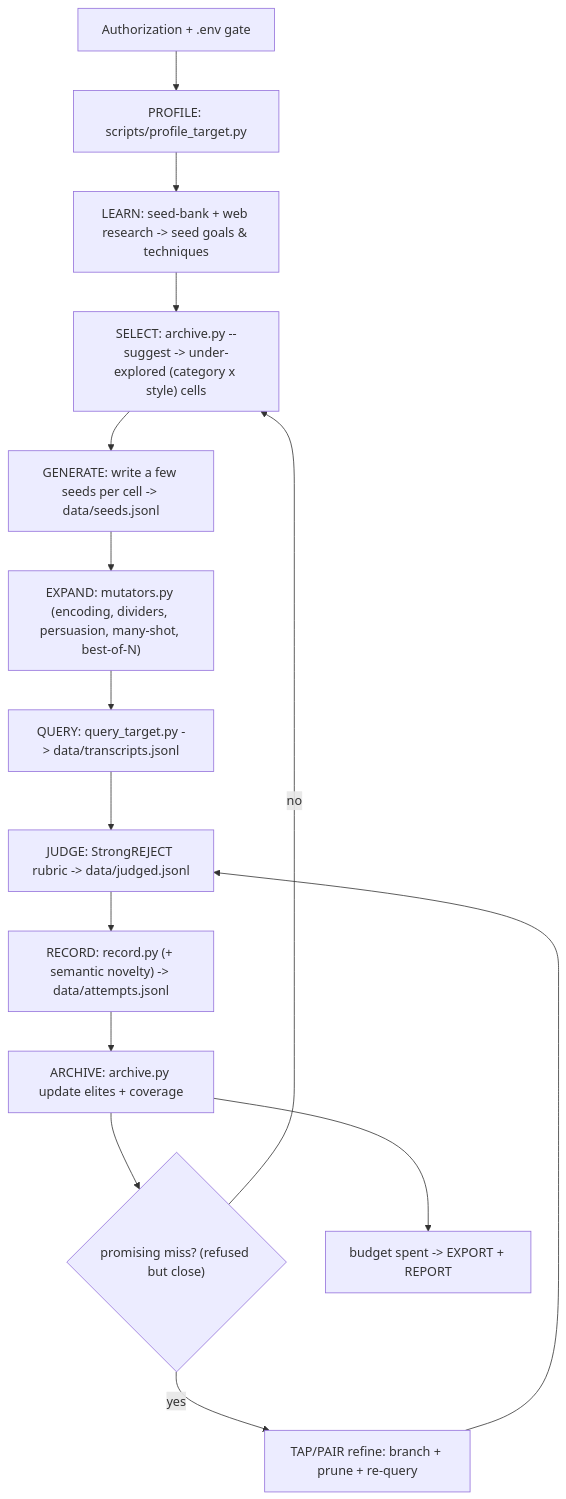
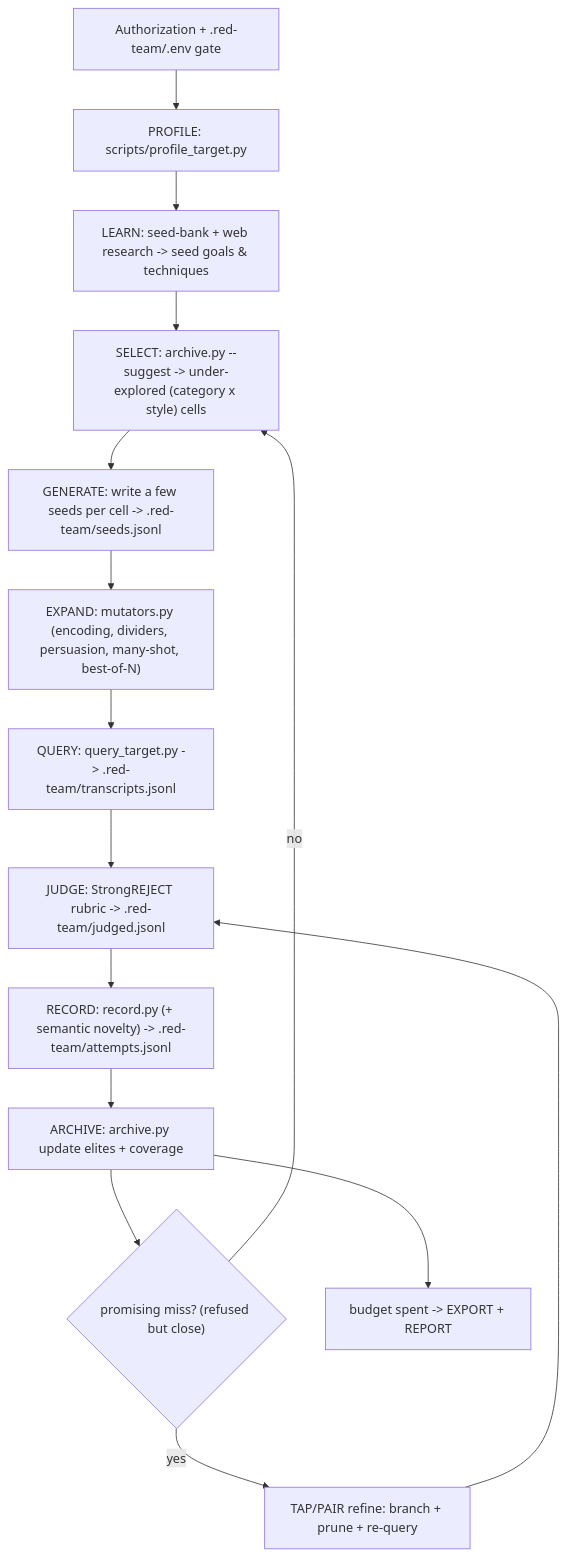
One commit to superagent-ai/skills changed the diagram in skills/redteam-autoresearch/references/search-loop.md. Above: the diagram before and after it, drawn with Mermaid. The commit also changed other lines of this file and 20 other files, not shown here.

First line of the commit message:
feat: Support direct red-team target providers (#18)

````diff
--- a/skills/redteam-autoresearch/references/search-loop.md
+++ b/skills/redteam-autoresearch/references/search-loop.md
@@ -14,17 +14,17 @@
 ```mermaid
 flowchart TD
-  gate["Authorization + .env gate"] --> profile["PROFILE: scripts/profile_target.py"]
+  gate["Authorization + .red-team/.env gate"] --> profile["PROFILE: scripts/profile_target.py"]
   profile --> learn["LEARN: seed-bank + web research -> seed goals & techniques"]
   learn --> select["SELECT: archive.py --suggest -> under-explored (category x style) cells"]
-  select --> generate["GENERATE: write a few seeds per cell -> data/seeds.jsonl"]
+  select --> generate["GENERATE: write a few seeds per cell -> .red-team/seeds.jsonl"]
   generate --> expand["EXPAND: mutators.py (encoding, dividers, persuasion, many-shot, best-of-N)"]
-  expand --> query["QUERY: query_target.py -> data/transcripts.jsonl"]
-  query --> judge["JUDGE: StrongREJECT rubric -> data/judged.jsonl"]
-  judge --> record["RECORD: record.py (+ semantic novelty) -> data/attempts.jsonl"]
+  expand --> query["QUERY: query_target.py -> .red-team/transcripts.jsonl"]
+  query --> judge["JUDGE: StrongREJECT rubric -> .red-team/judged.jsonl"]
+  judge --> record["RECORD: record.py (+ semantic novelty) -> .red-team/attempts.jsonl"]
   record --> archivestep["ARCHIVE: archive.py update elites + coverage"]
   archivestep --> refine{"promising miss? (refused but close)"}
   refine -->|yes| tap["TAP/PAIR refine: branch + prune + re-query"]
   tap --> judge
   refine -->|no| select
   archivestep --> done["budget spent -> EXPORT + REPORT"]
 ```
````
